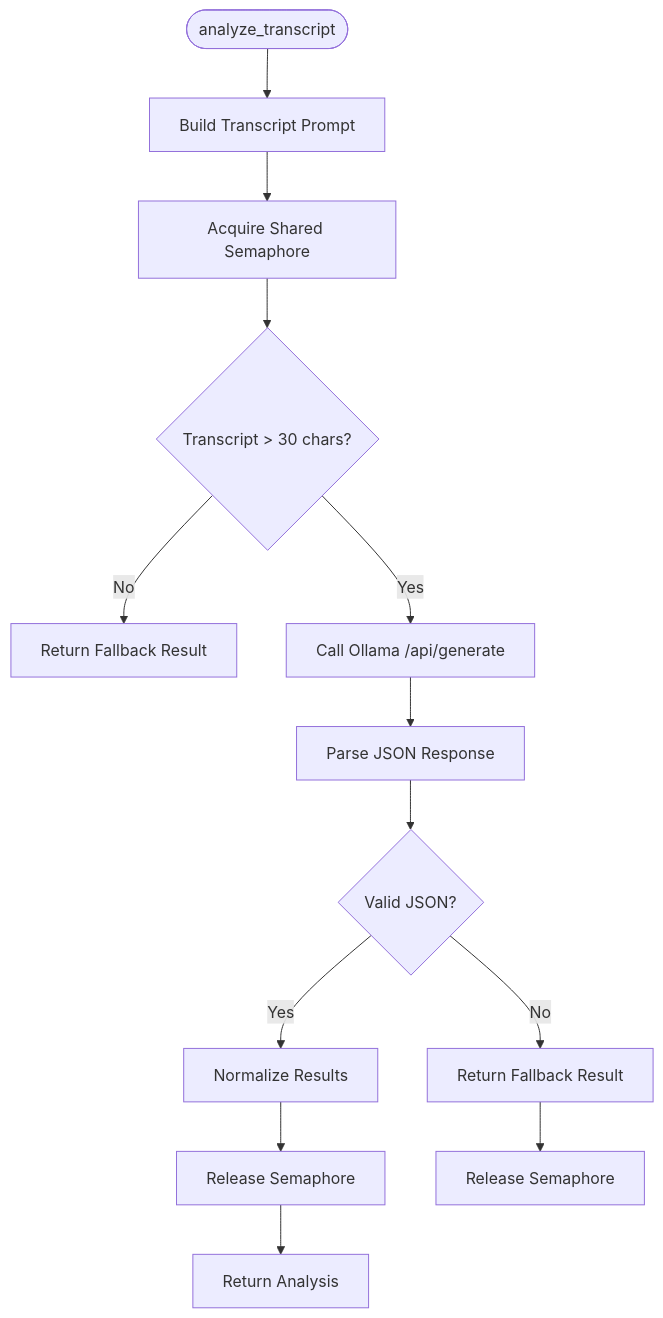
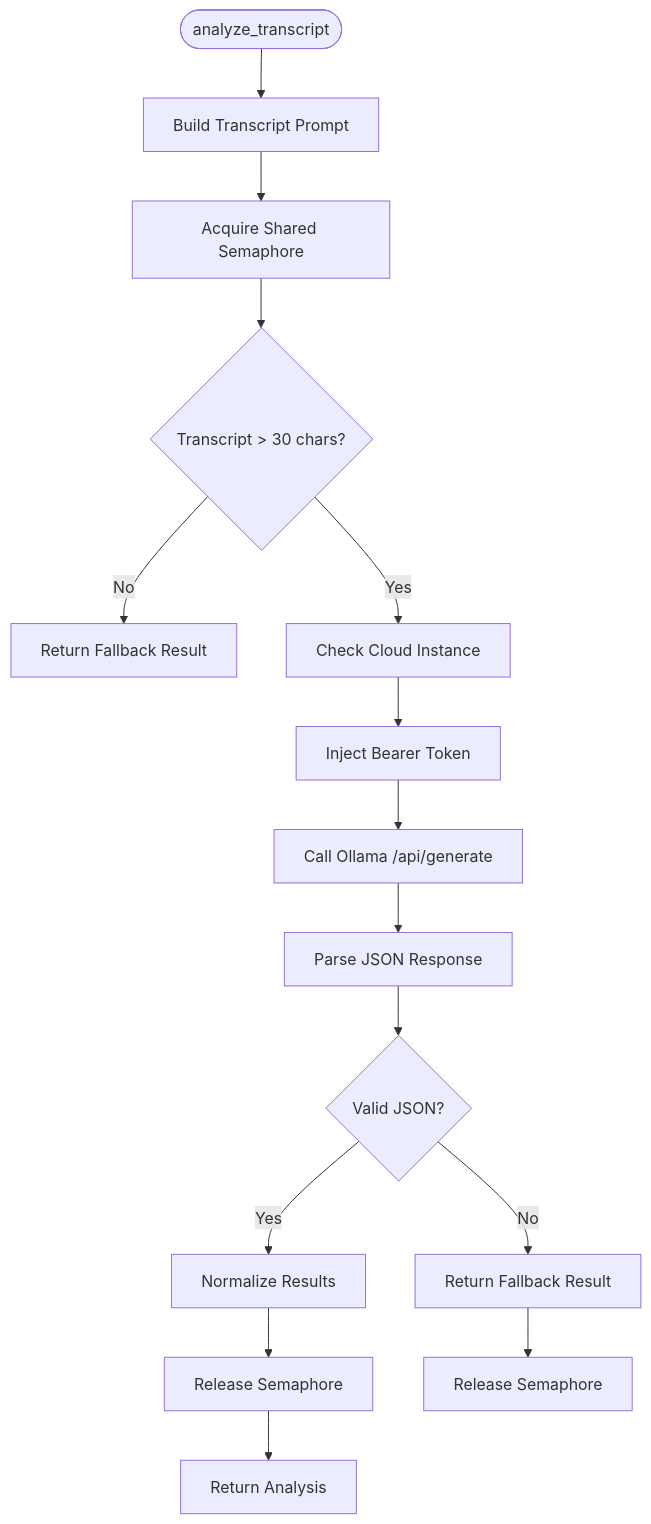
One commit to Revanththetalogics/aireume changed the tenth of 15 diagrams in .qoder/repowiki/en/content/Analysis Engine/LLM Service Integration.md. Above: the diagram before and after it, drawn with Mermaid. The commit also changed other lines of this file and 11 other files, not shown here.

First line of the commit message:
fix: make all LLM configurations cloud-aware to prevent JSON truncation

````diff
--- a/.qoder/repowiki/en/content/Analysis Engine/LLM Service Integration.md
+++ b/.qoder/repowiki/en/content/Analysis Engine/LLM Service Integration.md
@@ -466,15 +561,17 @@
 ```mermaid
 flowchart TD
 Start(["analyze_transcript"]) --> BuildPrompt["Build Transcript Prompt"]
 BuildPrompt --> AcquireSem["Acquire Shared Semaphore"]
 AcquireSem --> CheckLength{"Transcript > 30 chars?"}
 CheckLength --> |No| Fallback["Return Fallback Result"]
-CheckLength --> |Yes| CallLLM["Call Ollama /api/generate"]
+CheckLength --> |Yes| CloudCheck["Check Cloud Instance"]
+CloudCheck --> InjectHeaders["Inject Bearer Token"]
+InjectHeaders --> CallLLM["Call Ollama /api/generate"]
 CallLLM --> ParseJSON["Parse JSON Response"]
 ParseJSON --> Valid{"Valid JSON?"}
 Valid --> |Yes| Normalize["Normalize Results"]
 Normalize --> ReleaseSem["Release Semaphore"]
 ReleaseSem --> Return["Return Analysis"]
 Valid --> |No| Fallback2["Return Fallback Result"]
 Fallback2 --> ReleaseSem2["Release Semaphore"]
 ```
````
